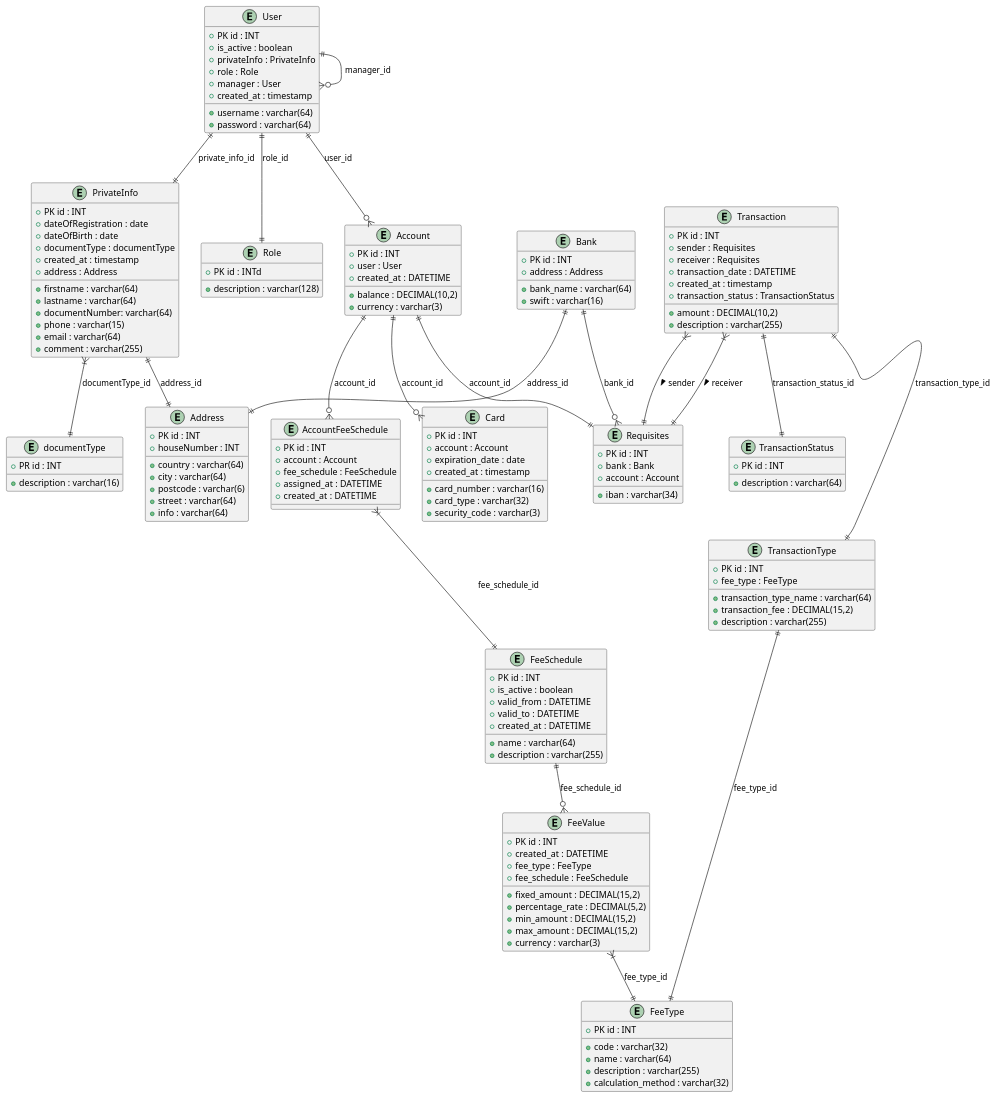
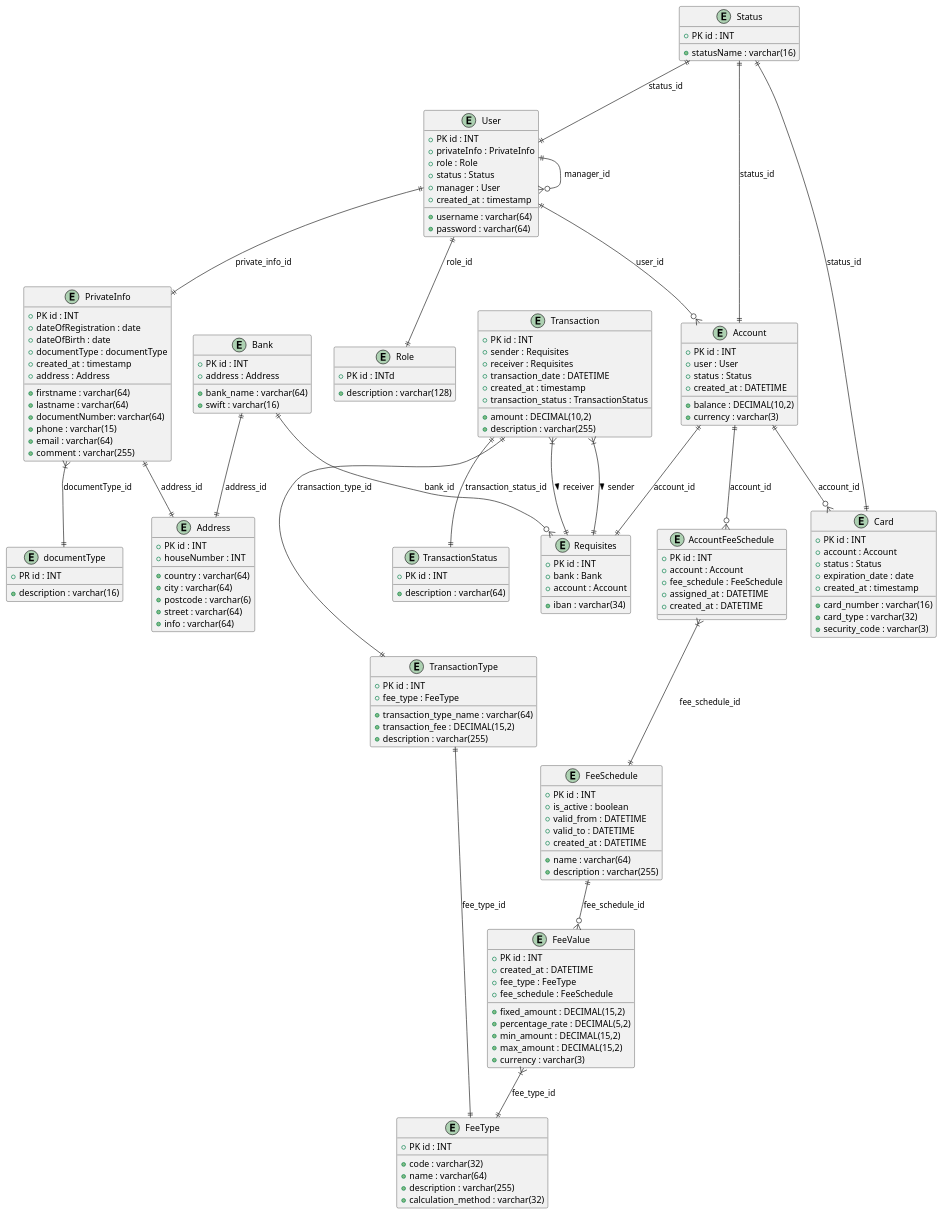
The diagram in src/Diagram.puml (jolivuk/ProjectBankSystem), drawn with PlantUML before and after one commit. The commit also changed 9 other files, not shown here.

Commit message:
added classes Account,Bank,Card,Requisites. added Enums Currency,Status, changed diagrams and added new connection with new table status.

```diff
--- a/src/Diagram.puml
+++ b/src/Diagram.puml
@@ -1,180 +1,190 @@
 @startuml
 
 
 ' Домен управления пользователями
 entity User {
    + PK id : INT
    + username : varchar(64)
    + password : varchar(64)
-   + is_active : boolean
    + privateInfo : PrivateInfo
    + role : Role
+   + status : Status
    + manager : User
    + created_at : timestamp
 
 }
 
 entity PrivateInfo {
    + PK id : INT
    + firstname : varchar(64)
    + lastname : varchar(64)
    + dateOfRegistration : date
    + dateOfBirth : date
    + documentType : documentType
    + documentNumber: varchar(64)
    + phone : varchar(15)
    + email : varchar(64)
    + comment : varchar(255)
    + created_at : timestamp
    + address : Address
 }
 
 entity documentType{
     + PR id : INT
     + description : varchar(16)
 }
 
 entity Address {
    + PK id : INT
    + country : varchar(64)
    + city : varchar(64)
    + postcode : varchar(6)
    + street : varchar(64)
    + houseNumber : INT
    + info : varchar(64)
 }
 
 entity Role {
    + PK id : INTd
    + description : varchar(128)
 }
 
 ' Домен счетов
 entity Account {
    + PK id : INT
    + user : User
+   + status : Status
    + balance : DECIMAL(10,2)
    + currency : varchar(3)
    + created_at : DATETIME
+}
+entity Status{
+    + PK id : INT
+    + statusName : varchar(16)
 }
 
 
 
 ' Домен комиссий
 entity FeeSchedule {
    + PK id : INT
    + name : varchar(64)
    + description : varchar(255)
    + is_active : boolean
    + valid_from : DATETIME
    + valid_to : DATETIME
    + created_at : DATETIME
 }
 
 entity FeeType {
    + PK id : INT
    + code : varchar(32)
    + name : varchar(64)
    + description : varchar(255)
    + calculation_method : varchar(32)
 }
 
 entity FeeValue {
    + PK id : INT
    + fixed_amount : DECIMAL(15,2)
    + percentage_rate : DECIMAL(5,2)
    + min_amount : DECIMAL(15,2)
    + max_amount : DECIMAL(15,2)
    + currency : varchar(3)
    + created_at : DATETIME
     + fee_type : FeeType
    + fee_schedule : FeeSchedule
 }
 
 entity AccountFeeSchedule {
    + PK id : INT
    + account : Account
    + fee_schedule : FeeSchedule
    + assigned_at : DATETIME
    + created_at : DATETIME
 }
 
 ' Домен транзакций
 entity Transaction {
    + PK id : INT
    + sender : Requisites
    + receiver : Requisites
    + amount : DECIMAL(10,2)
    + description : varchar(255)
    + transaction_date : DATETIME
    + created_at : timestamp
    + transaction_status : TransactionStatus
 }
 
 entity TransactionStatus {
    + PK id : INT
    + description : varchar(64)
 }
 
 entity TransactionType {
    + PK id : INT
    + fee_type : FeeType
    + transaction_type_name : varchar(64)
    + transaction_fee : DECIMAL(15,2)
    + description : varchar(255)
 }
 
 ' Домен карт и банков
 entity Card {
    + PK id : INT
    + account : Account
    + card_number : varchar(16)
    + card_type : varchar(32)
+   + status : Status
    + expiration_date : date
    + security_code : varchar(3)
    + created_at : timestamp
 }
 
 entity Bank {
    + PK id : INT
    + address : Address
    + bank_name : varchar(64)
    + swift : varchar(16)
 }
 
 entity Requisites {
    + PK id : INT
    + bank : Bank
    + account : Account
    + iban : varchar(34)
 }
 
 
 ' Связи базового домена
 User ||--|| PrivateInfo : private_info_id
 User ||--|| Role : role_id
 User ||--o{ User : manager_id
 User ||--o{ Account : user_id
 PrivateInfo ||--|| Address : address_id
 PrivateInfo }|--|| documentType : documentType_id
 Account ||--o{ Card : account_id
 Account ||--|| Requisites : account_id
 
 ' Связи транзакционного домена
 Transaction }|--|| Requisites : sender >
 Transaction }|--|| Requisites : receiver >
 Transaction ||--|| TransactionStatus : transaction_status_id
 Transaction ||--|| TransactionType : transaction_type_id
 
 ' Связи банковского домена
 Bank ||--o{ Requisites : bank_id
 Bank ||--|| Address : address_id
 
 ' Связи домена комиссий
 Account ||--o{ AccountFeeSchedule : account_id
 AccountFeeSchedule }|--|| FeeSchedule : fee_schedule_id
 FeeSchedule ||--o{ FeeValue : fee_schedule_id
 FeeValue }|--|| FeeType : fee_type_id
 TransactionType ||--|| FeeType : fee_type_id
 
+Status ||--|| Account : status_id
+Status ||--|| User : status_id
+Status ||--|| Card : status_id
+
 @enduml
```
